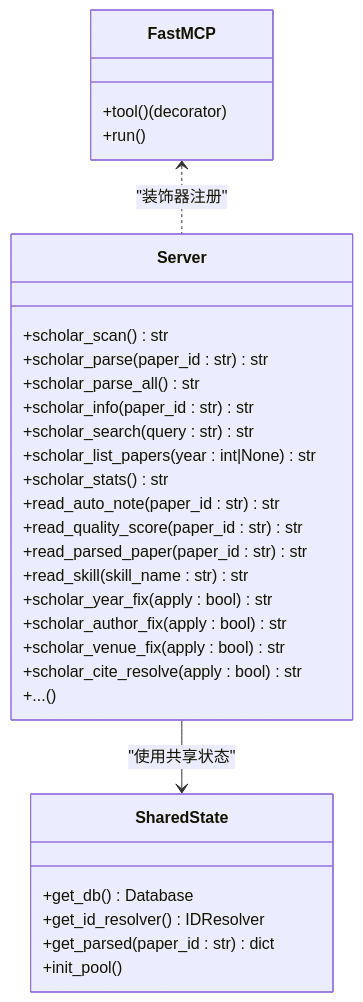
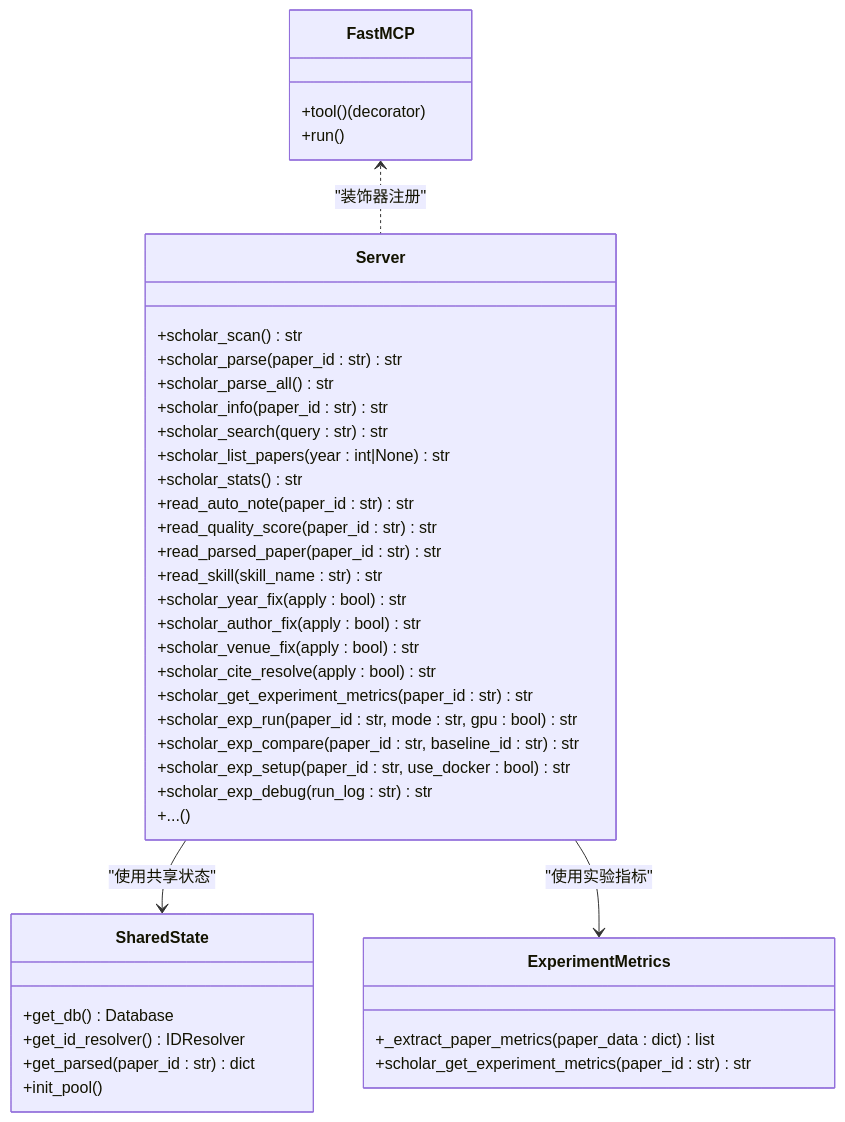
One commit to 1173591564/academic-based-qoder changed the third of 6 diagrams in .qoder/repowiki/zh/content/API参考文档/MCP工具API.md. Above: the diagram before and after it, drawn with Mermaid. The commit also changed other lines of this file and 37 other files, not shown here.

````diff
--- a/.qoder/repowiki/zh/content/API参考文档/MCP工具API.md
+++ b/.qoder/repowiki/zh/content/API参考文档/MCP工具API.md
@@ -191,33 +207,43 @@
 ```mermaid
 classDiagram
 class FastMCP {
 +tool()(decorator)
 +run()
 }
 class Server {
 +scholar_scan() str
 +scholar_parse(paper_id : str) str
 +scholar_parse_all() str
 +scholar_info(paper_id : str) str
 +scholar_search(query : str) str
 +scholar_list_papers(year : int|None) str
 +scholar_stats() str
 +read_auto_note(paper_id : str) str
 +read_quality_score(paper_id : str) str
 +read_parsed_paper(paper_id : str) str
 +read_skill(skill_name : str) str
 +scholar_year_fix(apply : bool) str
 +scholar_author_fix(apply : bool) str
 +scholar_venue_fix(apply : bool) str
 +scholar_cite_resolve(apply : bool) str
++scholar_get_experiment_metrics(paper_id : str) str
++scholar_exp_run(paper_id : str, mode : str, gpu : bool) str
++scholar_exp_compare(paper_id : str, baseline_id : str) str
++scholar_exp_setup(paper_id : str, use_docker : bool) str
++scholar_exp_debug(run_log : str) str
 +...()
 }
 class SharedState {
 +get_db() Database
 +get_id_resolver() IDResolver
 +get_parsed(paper_id : str) dict
 +init_pool()
 }
+class ExperimentMetrics {
++_extract_paper_metrics(paper_data : dict) list
++scholar_get_experiment_metrics(paper_id : str) str
+}
 FastMCP <.. Server : "装饰器注册"
 Server --> SharedState : "使用共享状态"
+Server --> ExperimentMetrics : "使用实验指标"
 ```
````
